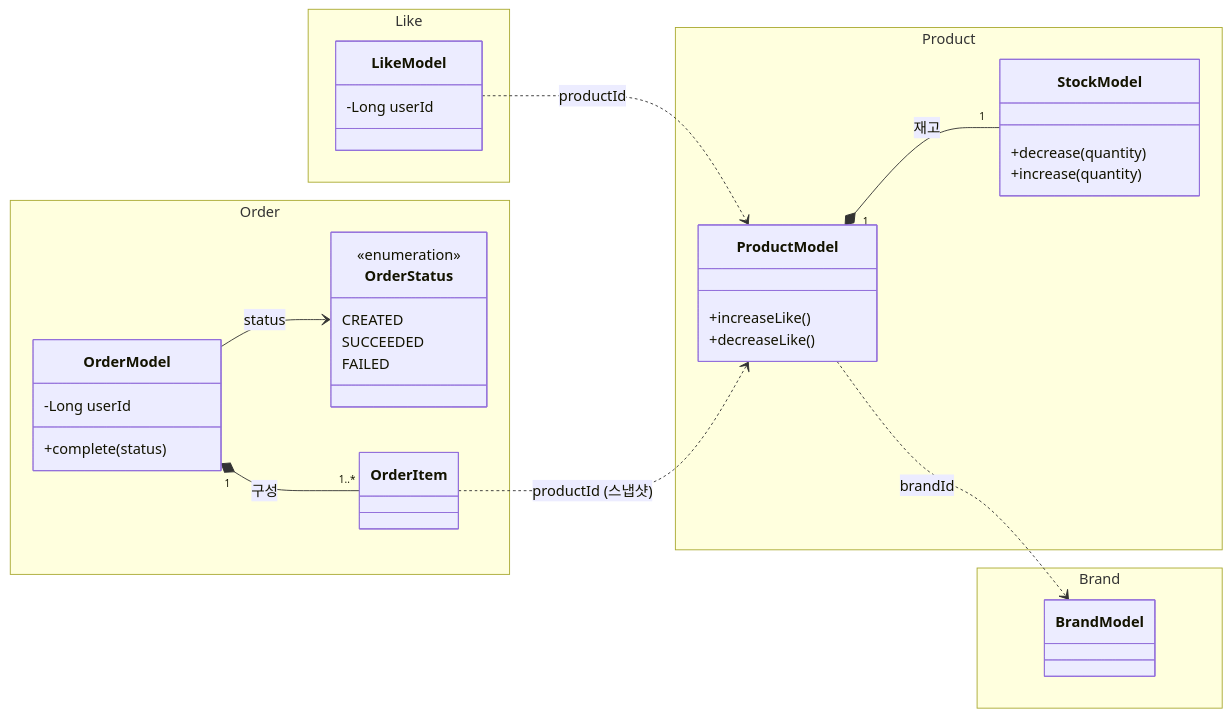
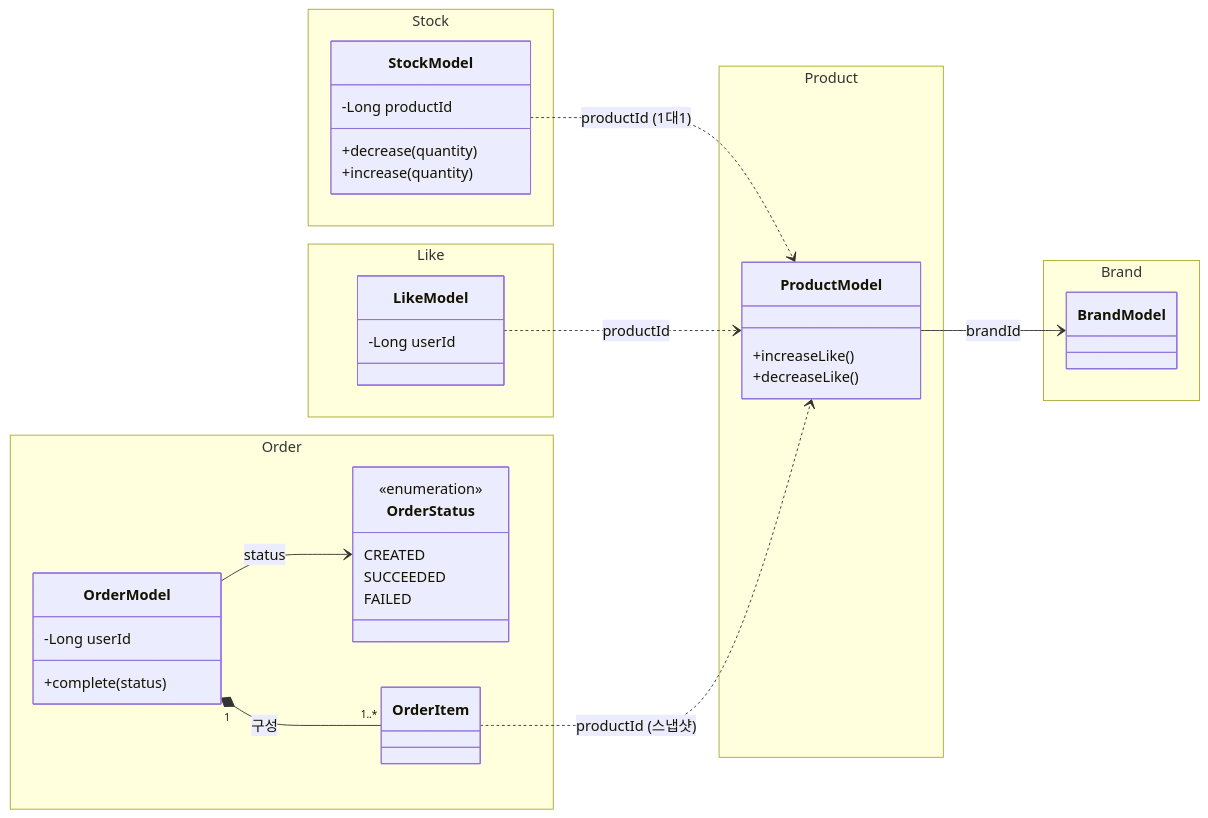
One commit to loopers-labs/loop-pack-be-l2-vol4-java changed the diagram in .docs/design/03-class-diagram.md. Above: the diagram before and after it, drawn with Mermaid. The commit also changed other lines of this file, not shown here.

Commit message:
docs: 클래스 다이어그램 — Stock 독립 애그리거트로 분리(ID 참조)
Composition이던 StockModel을 별도 namespace의 독립 애그리거트로 분리하고 productId ID 참조로 표현(D13).

````diff
--- a/.docs/design/03-class-diagram.md
+++ b/.docs/design/03-class-diagram.md
@@ -6,46 +7,50 @@
 ```mermaid
 classDiagram
     direction LR
 
     namespace Brand {
         class BrandModel
     }
 
     namespace Product {
         class ProductModel {
             +increaseLike()
             +decreaseLike()
         }
+    }
+
+    namespace Stock {
         class StockModel {
+            -Long productId
             +decrease(quantity)
             +increase(quantity)
         }
     }
 
     namespace Like {
         class LikeModel {
             -Long userId
         }
     }
 
     namespace Order {
         class OrderStatus {
             <<enumeration>>
             CREATED
             SUCCEEDED
             FAILED
         }
         class OrderModel {
             -Long userId
             +complete(status)
         }
         class OrderItem
     }
 
-    ProductModel ..> BrandModel : brandId
-    ProductModel "1" *-- "1" StockModel : 재고
+    ProductModel --> BrandModel : brandId
+    StockModel ..> ProductModel : productId (1대1)
     OrderModel "1" *-- "1..*" OrderItem : 구성
     OrderModel --> OrderStatus : status
     LikeModel ..> ProductModel : productId
     OrderItem ..> ProductModel : productId (스냅샷)
 ```
````
